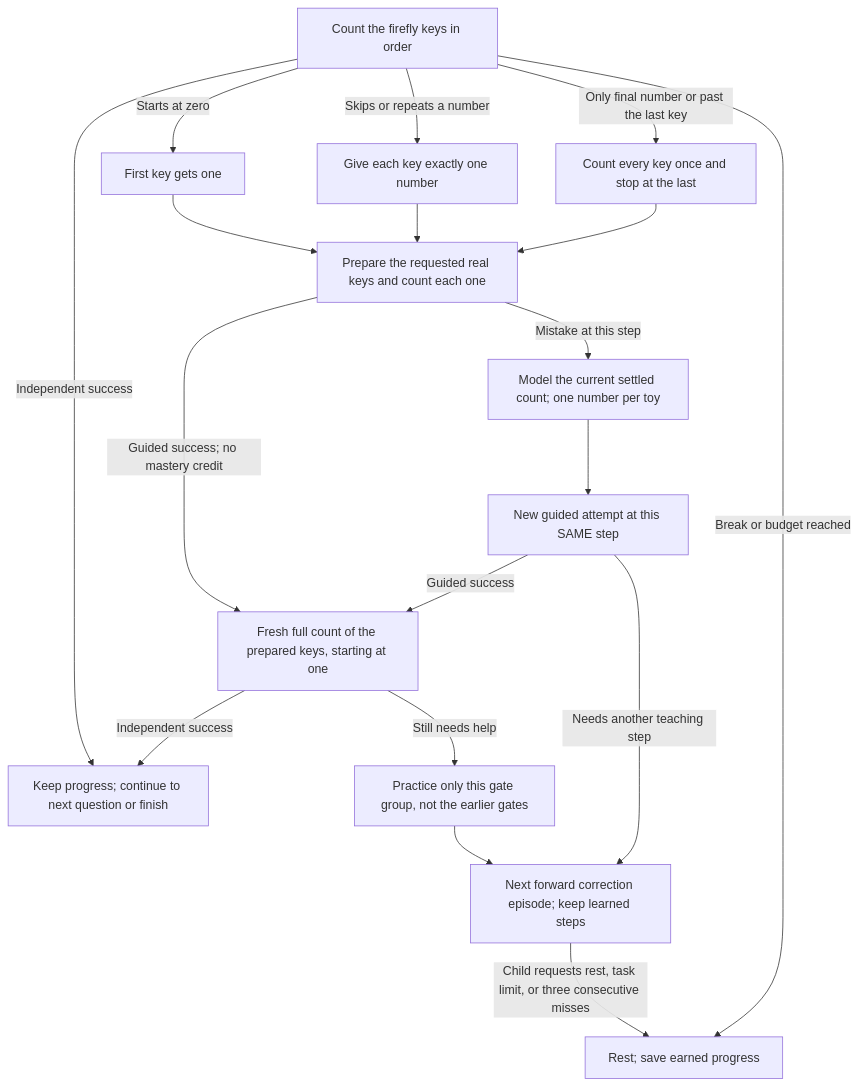
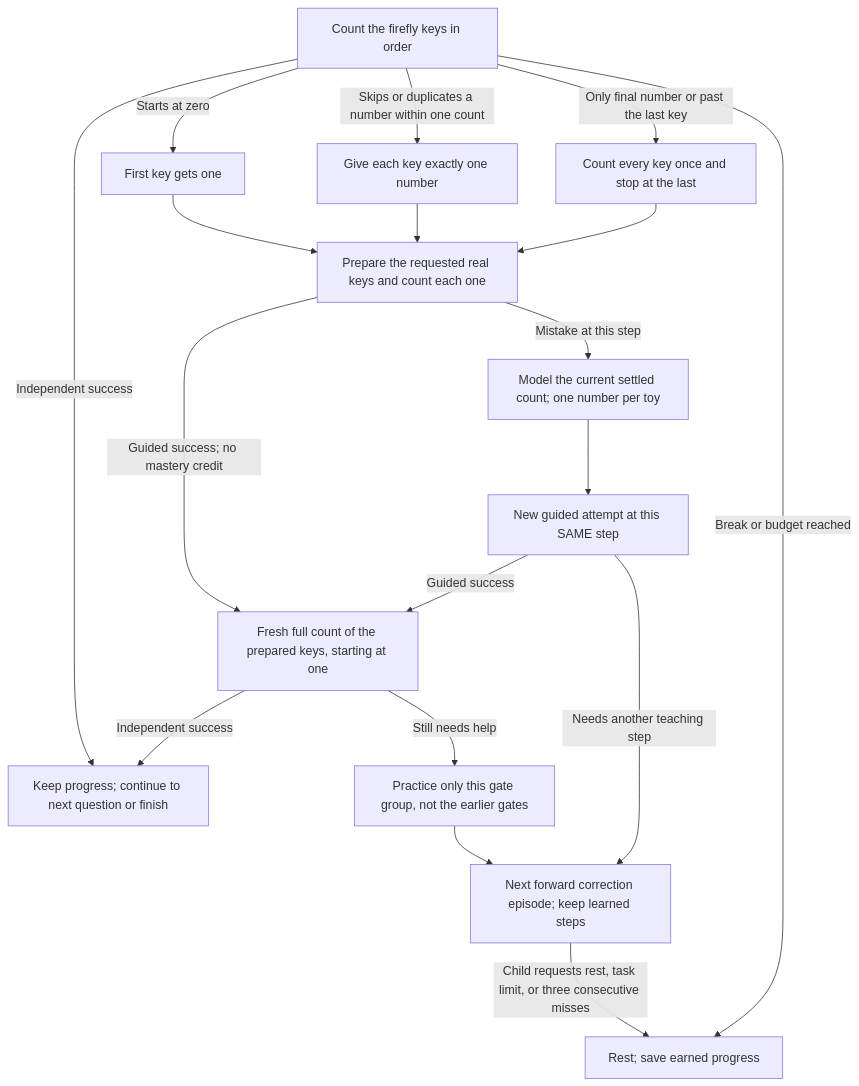
Before and after one commit to sealsbroken/unmath: the diagram in docs/wiki/Lesson-6-Firefly-gates.md, drawn with Mermaid. The commit also changed other lines of this file and 15 other files, not shown here.

````diff
--- a/docs/wiki/Lesson-6-Firefly-gates.md
+++ b/docs/wiki/Lesson-6-Firefly-gates.md
@@ -29,20 +37,20 @@
 ```mermaid
 flowchart TD
     Choose["Count the firefly keys in order"] -->|"Independent success"| Done["Keep progress; continue to next question or finish"]
     Choose -->|"Starts at zero"| E0["First key gets one"]
     E0 --> S0
-    Choose -->|"Skips or repeats a number"| E1["Give each key exactly one number"]
+    Choose -->|"Skips or duplicates a number within one count"| E1["Give each key exactly one number"]
     E1 --> S0
     Choose -->|"Only final number or past the last key"| E2["Count every key once and stop at the last"]
     E2 --> S0
     S0["Prepare the requested real keys and count each one"] -->|"Guided success; no mastery credit"| Follow
     S0 -->|"Mistake at this step"| H0["Model the current settled count; one number per toy"]
     H0 --> R0["New guided attempt at this SAME step"]
     R0 -->|"Guided success"| Follow
     R0 -->|"Needs another teaching step"| Continue["Next forward correction episode; keep learned steps"]
     Follow["Fresh full count of the prepared keys, starting at one"] -->|"Independent success"| Done
     Follow -->|"Still needs help"| Focus["Practice only this gate group, not the earlier gates"]
     Focus --> Continue
     Choose -->|"Break or budget reached"| Rest["Rest; save earned progress"]
     Continue -->|"Child requests rest, task limit, or three consecutive misses"| Rest
 ```
````
